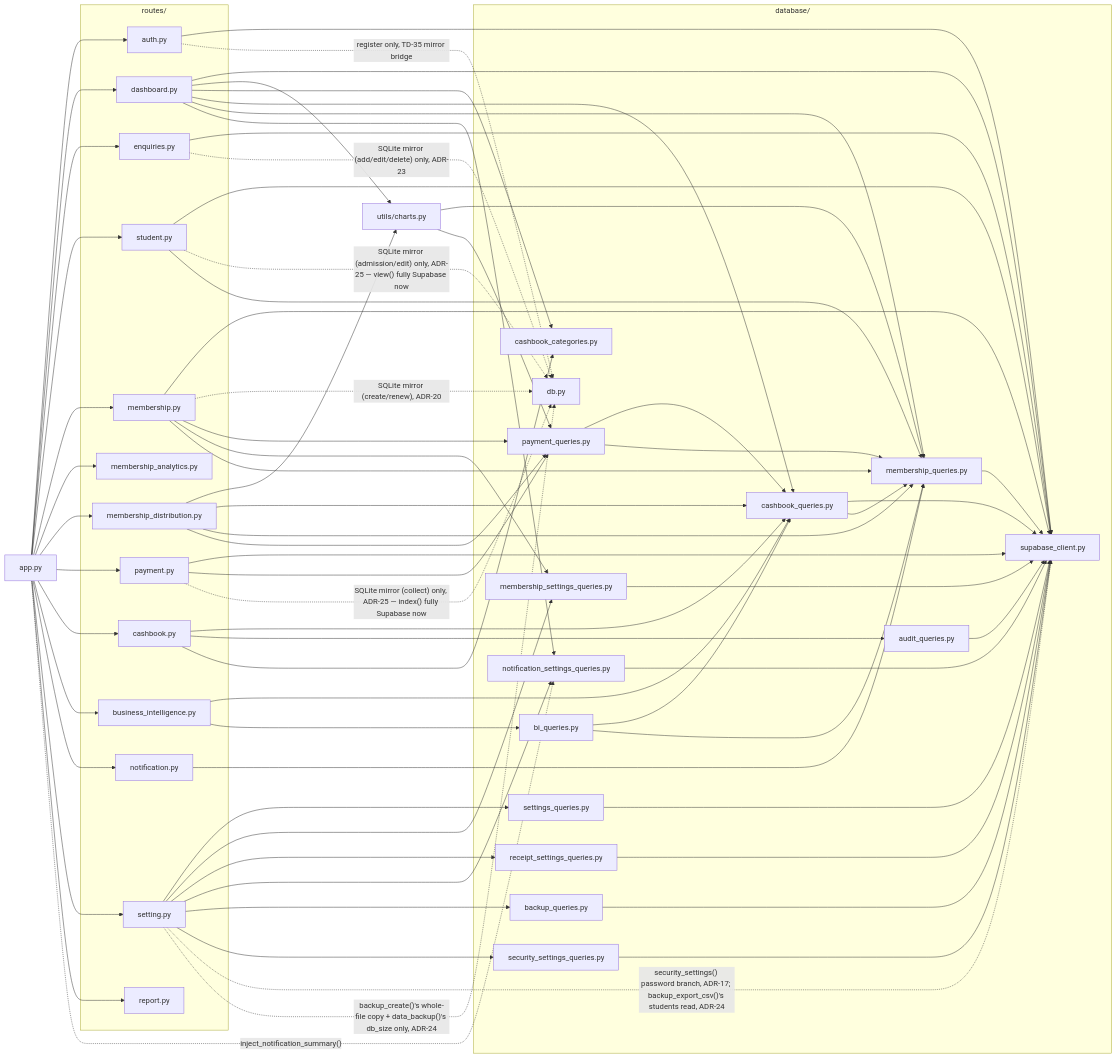
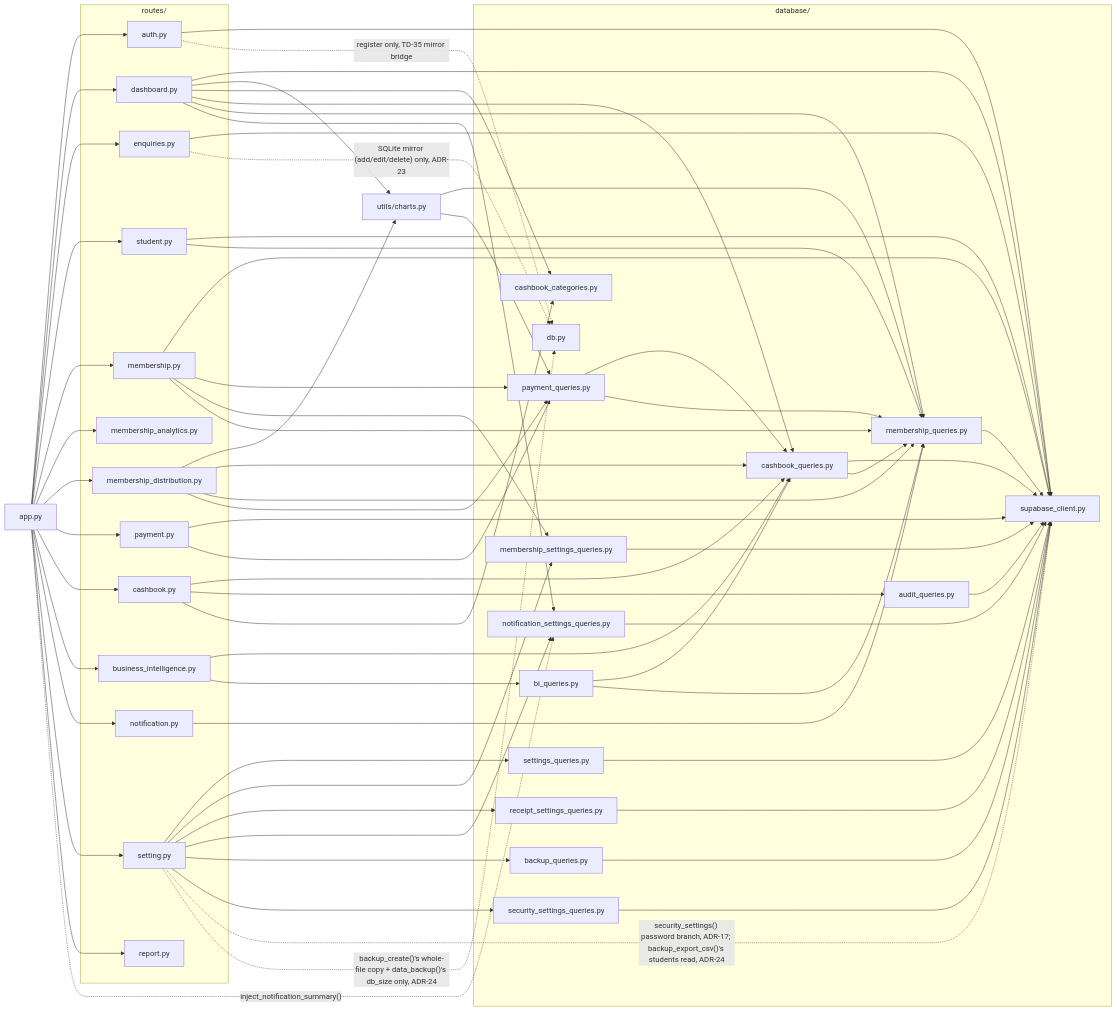
Before and after one commit to saloni-keshore/smart-library-management-system: the fifth of 5 diagrams in docs/DIAGRAMS.md, drawn with Mermaid. The commit also changed other lines of this file and 19 other files, not shown here.

```diff
--- a/docs/DIAGRAMS.md
+++ b/docs/DIAGRAMS.md
@@ -357,10 +354,8 @@
     enquiries_py --> supabase_client_py
     enquiries_py -.->|"SQLite mirror (add/edit/delete) only, ADR-23"| db_py
     student_py --> supabase_client_py
-    student_py -.->|"SQLite mirror (admission/edit) only, ADR-25 — view() fully Supabase now"| db_py
     student_py --> membership_queries_py
     membership_py --> supabase_client_py
-    membership_py -.->|"SQLite mirror (create/renew), ADR-20"| db_py
     membership_py --> payment_queries_py
     membership_py --> membership_settings_queries_py
     membership_py --> membership_queries_py
@@ -370,7 +365,6 @@
     membership_distribution_py --> payment_queries_py
     payment_py --> supabase_client_py
     payment_py --> payment_queries_py
-    payment_py -.->|"SQLite mirror (collect) only, ADR-25 — index() fully Supabase now"| db_py
     payment_queries_py --> cashbook_queries_py
     payment_queries_py --> membership_queries_py
     cashbook_py --> cashbook_queries_py
```
